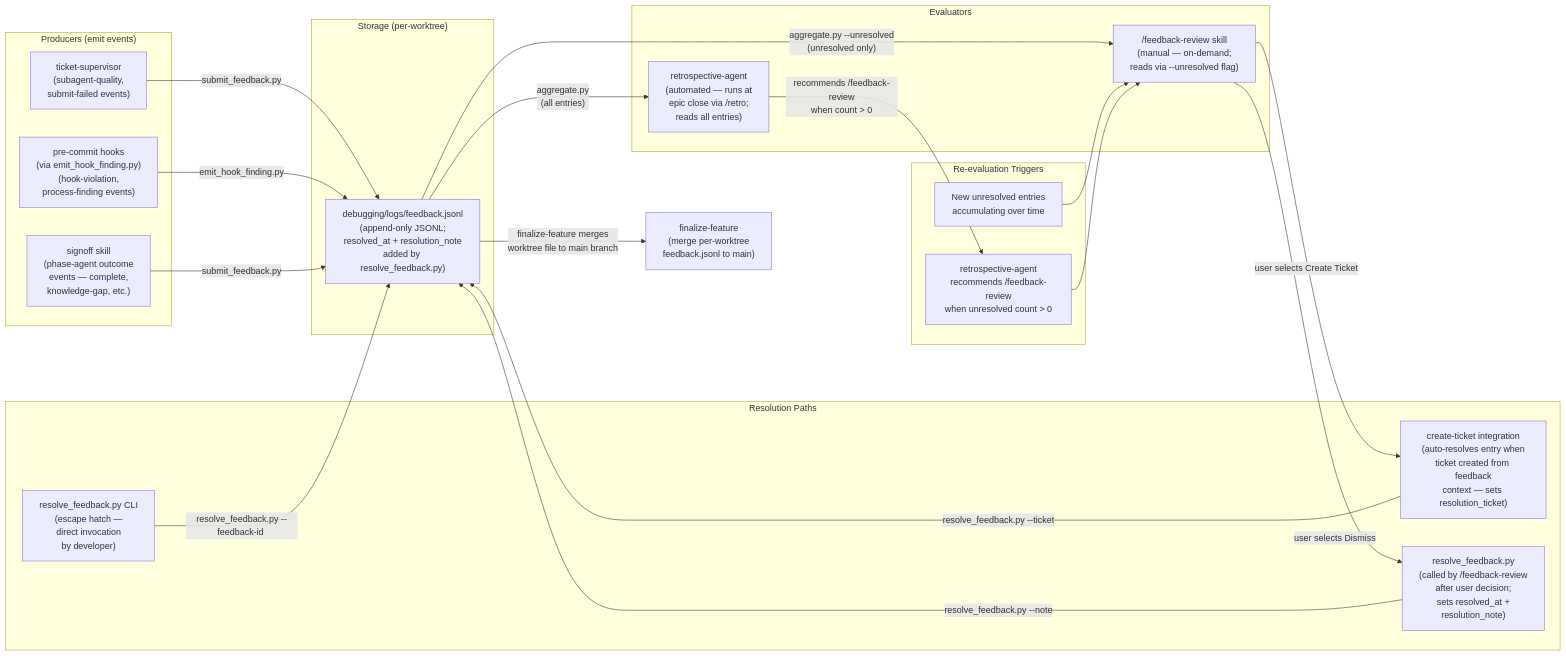
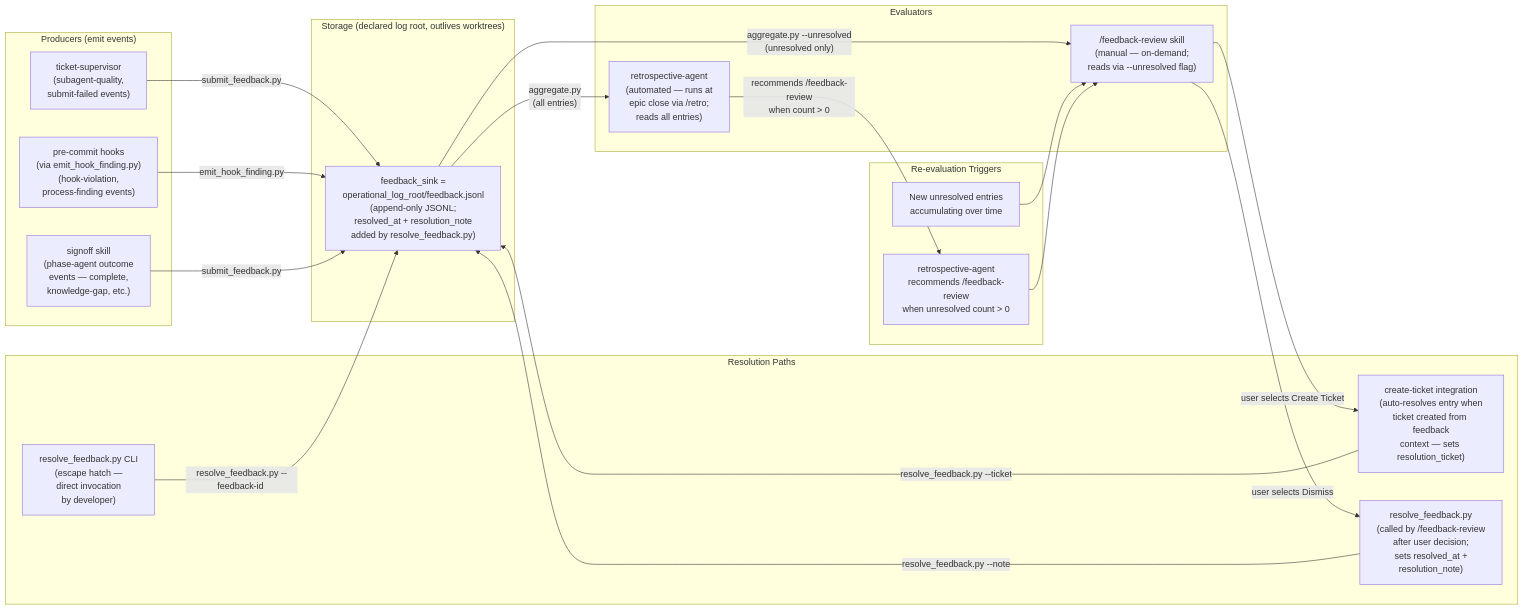
Before and after one commit to urlmonitor/leafcutter-ai: the diagram in docs/architecture/feedback-lifecycle.md, drawn with Mermaid. The commit also changed other lines of this file and 5 other files, not shown here.

````diff
--- a/docs/architecture/feedback-lifecycle.md
+++ b/docs/architecture/feedback-lifecycle.md
@@ -37,62 +43,56 @@
 ```mermaid
 flowchart LR
     %% --- Producers ---
     subgraph Producers["Producers (emit events)"]
         TS["ticket-supervisor\n(subagent-quality,\nsubmit-failed events)"]
         PHK["pre-commit hooks\n(via emit_hook_finding.py)\n(hook-violation,\nprocess-finding events)"]
         SS["signoff skill\n(phase-agent outcome\nevents — complete,\nknowledge-gap, etc.)"]
     end
 
     %% --- Storage ---
-    subgraph Storage["Storage (per-worktree)"]
-        FBJSONL["debugging/logs/feedback.jsonl\n(append-only JSONL;\nresolved_at + resolution_note\nadded by resolve_feedback.py)"]
+    subgraph Storage["Storage (declared log root, outlives worktrees)"]
+        FBJSONL["feedback_sink =\noperational_log_root/feedback.jsonl\n(append-only JSONL;\nresolved_at + resolution_note\nadded by resolve_feedback.py)"]
     end
-
-    %% --- Merge ---
-    FF["finalize-feature\n(merge per-worktree\nfeedback.jsonl to main)"]
 
     %% --- Evaluators ---
     subgraph Evaluators["Evaluators"]
         RA["retrospective-agent\n(automated — runs at\nepic close via /retro;\nreads all entries)"]
         FRS["/feedback-review skill\n(manual — on-demand;\nreads via --unresolved flag)"]
     end
 
     %% --- Resolution paths ---
     subgraph Resolution["Resolution Paths"]
         CT["create-ticket integration\n(auto-resolves entry when\nticket created from feedback\ncontext — sets resolution_ticket)"]
         FR_MANUAL["resolve_feedback.py\n(called by /feedback-review\nafter user decision;\nsets resolved_at +\nresolution_note)"]
         CLI["resolve_feedback.py CLI\n(escape hatch —\ndirect invocation\nby developer)"]
     end
 
     %% --- Re-evaluation triggers ---
     subgraph Triggers["Re-evaluation Triggers"]
         NEW["New unresolved entries\naccumulating over time"]
         RA_REC["retrospective-agent\nrecommends /feedback-review\nwhen unresolved count > 0"]
     end
 
     %% --- Edges: Producers → Storage ---
     TS -->|"submit_feedback.py"| FBJSONL
     PHK -->|"emit_hook_finding.py"| FBJSONL
     SS -->|"submit_feedback.py"| FBJSONL
 
-    %% --- Edges: Storage → Merge ---
-    FBJSONL -->|"finalize-feature merges\nworktree file to main branch"| FF
-
     %% --- Edges: Storage → Evaluators ---
     FBJSONL -->|"aggregate.py\n(all entries)"| RA
     FBJSONL -->|"aggregate.py --unresolved\n(unresolved only)"| FRS
 
     %% --- Edges: Evaluators → Resolution ---
     FRS -->|"user selects Create Ticket"| CT
     FRS -->|"user selects Dismiss"| FR_MANUAL
     RA -->|"recommends /feedback-review\nwhen count > 0"| RA_REC
 
     %% --- Edges: Resolution → Storage (update) ---
     CT -->|"resolve_feedback.py --ticket <path>"| FBJSONL
     FR_MANUAL -->|"resolve_feedback.py --note <reason>"| FBJSONL
     CLI -->|"resolve_feedback.py --feedback-id <id>"| FBJSONL
 
     %% --- Edges: Triggers ---
     NEW --> FRS
     RA_REC --> FRS
 ```
````
